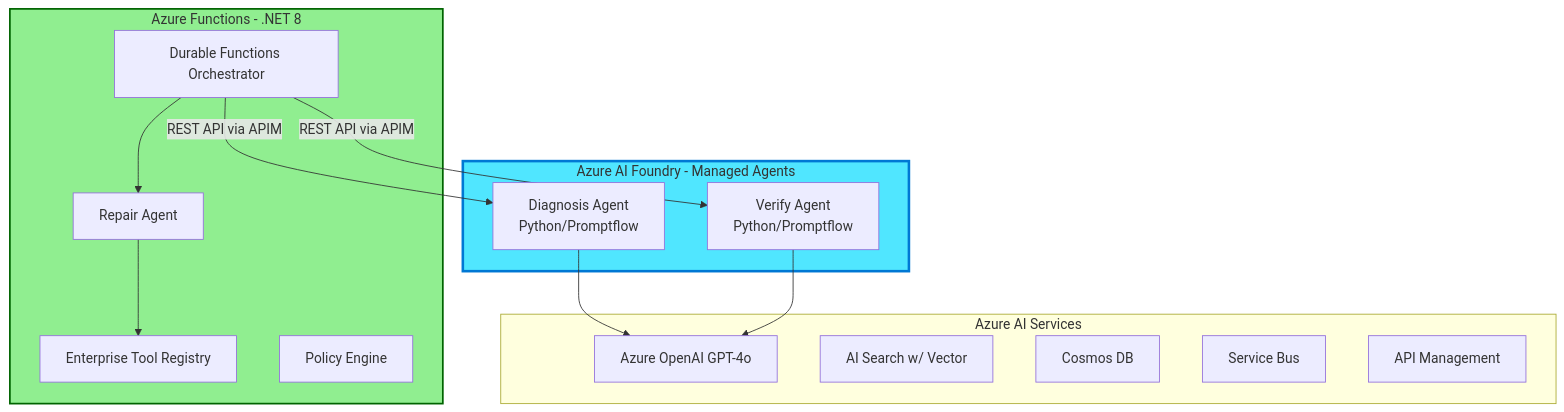
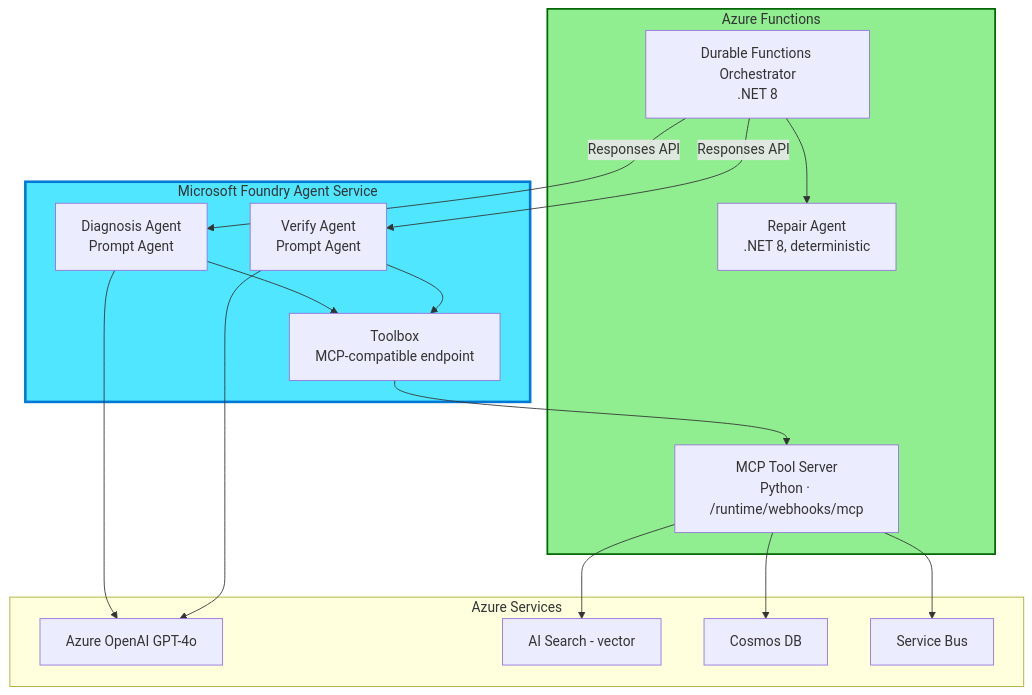
One commit to mayankgupta7673/Continuum-Ops changed the diagram in docs/06-AI-Agent-Implementation.md. Above: the diagram before and after it, drawn with Mermaid. The commit also changed other lines of this file and 48 other files, not shown here.

Commit message:
Updating Initial Code and Flow

````diff
--- a/docs/06-AI-Agent-Implementation.md
+++ b/docs/06-AI-Agent-Implementation.md
@@ -55,33 +57,38 @@
 ```mermaid
 graph TB
-    subgraph AzureAIFoundry[Azure AI Foundry - Managed Agents]
-        DIAG_AGENT[Diagnosis Agent<br/>Python/Promptflow]
-        VERIFY_AGENT[Verify Agent<br/>Python/Promptflow]
+    subgraph Foundry[Microsoft Foundry Agent Service]
+        DIAG_AGENT[Diagnosis Agent<br/>Prompt Agent]
+        VERIFY_AGENT[Verify Agent<br/>Prompt Agent]
+        TOOLBOX[Toolbox<br/>MCP-compatible endpoint]
     end
-    
-    subgraph AzureFunctions[Azure Functions - .NET 8]
-        ORCHESTRATOR[Durable Functions Orchestrator]
-        REPAIR_AGENT[Repair Agent]
-        TOOLS[Enterprise Tool Registry]
-        POLICY_ENGINE[Policy Engine]
+
+    subgraph AzureFunctions[Azure Functions]
+        ORCHESTRATOR[Durable Functions Orchestrator<br/>.NET 8]
+        REPAIR_AGENT[Repair Agent<br/>.NET 8, deterministic]
+        MCP_SERVER[MCP Tool Server<br/>Python · /runtime/webhooks/mcp]
     end
-    
-    subgraph AzureServices[Azure AI Services]
+
+    subgraph AzureServices[Azure Services]
         OPENAI[Azure OpenAI GPT-4o]
-        SEARCH[AI Search w/ Vector]
+        SEARCH[AI Search - vector]
         COSMOS[Cosmos DB]
         SERVICEBUS[Service Bus]
-        APIM[API Management]
     end
-    
-    ORCHESTRATOR -->|REST API via APIM| DIAG_AGENT
+
+    ORCHESTRATOR -->|Responses API| DIAG_AGENT
     ORCHESTRATOR --> REPAIR_AGENT
-    ORCHESTRATOR -->|REST API via APIM| VERIFY_AGENT
-    
+    ORCHESTRATOR -->|Responses API| VERIFY_AGENT
+
+    DIAG_AGENT --> TOOLBOX
+    VERIFY_AGENT --> TOOLBOX
+    TOOLBOX --> MCP_SERVER
+    MCP_SERVER --> SEARCH
+    MCP_SERVER --> COSMOS
+    MCP_SERVER --> SERVICEBUS
+
     DIAG_AGENT --> OPENAI
     VERIFY_AGENT --> OPENAI
-    REPAIR_AGENT --> TOOLS
-    
-    style AzureAIFoundry fill:#50e6ff,stroke:#0078d4,stroke-width:3px
+
+    style Foundry fill:#50e6ff,stroke:#0078d4,stroke-width:3px
     style AzureFunctions fill:#90EE90,stroke:#006400,stroke-width:2px
 ```
````
